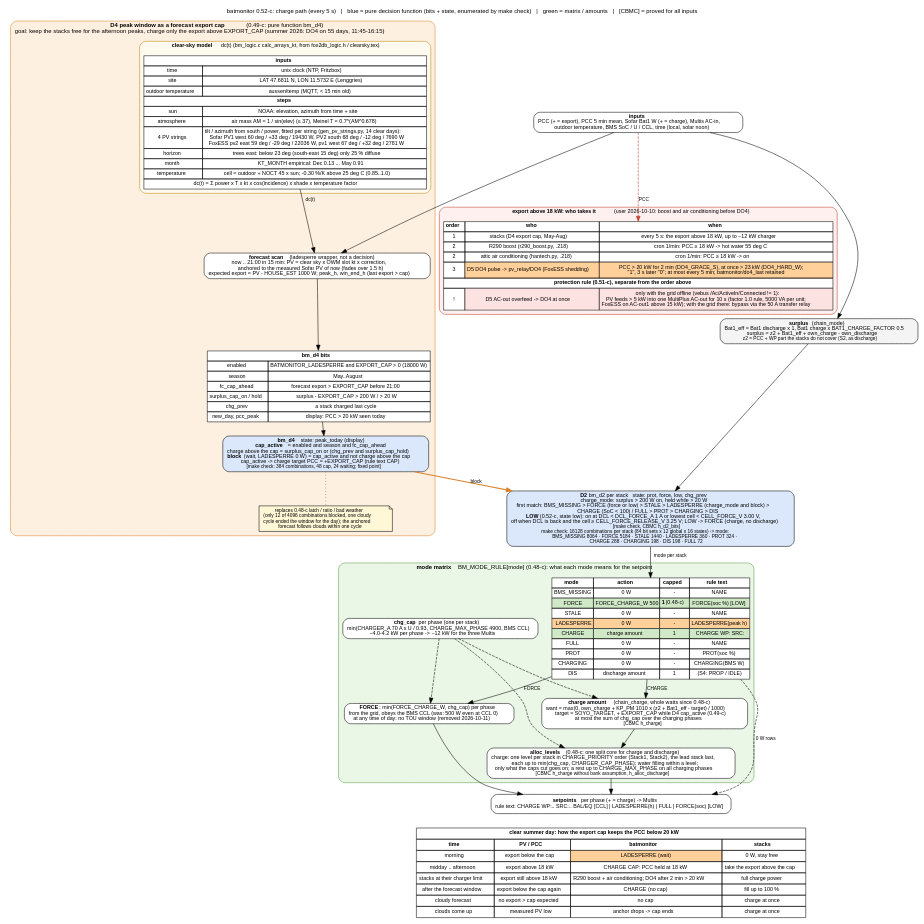
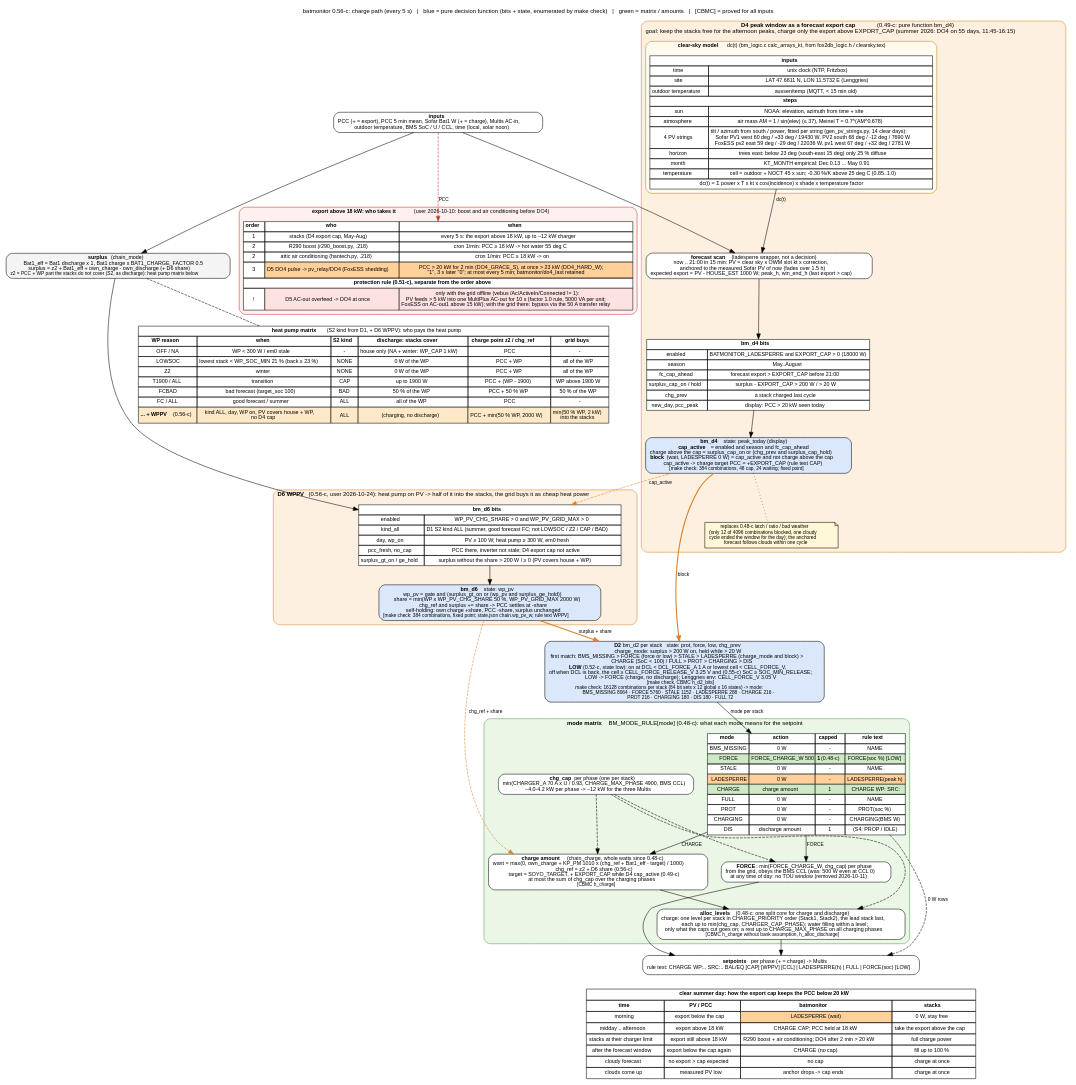
One commit to gerontec/victron changed the diagram in docs/charge_flow.dot. Above: the diagram before and after it, drawn with Graphviz. The commit also changed 15 other files, not shown here.

Commit message:
batmonitor 0.56-c: D6 WPPV - heat pump on PV, the stacks charge 50 % of it on top, the grid buys at most 2 kW; diagrams redrawn with the heat pump matrix

```diff
--- a/docs/charge_flow.dot
+++ b/docs/charge_flow.dot
@@ -1,16 +1,45 @@
-// batmonitor 0.52-c: charge path of one cycle as decision matrices, with the summer peak window (D4 LADESPERRE)
+// batmonitor 0.56-c: charge path of one cycle as decision matrices, with the summer peak window (D4 LADESPERRE)
 // that keeps the stacks free in the morning so they take the midday PV and the PCC export stays below 20 kW.
 // render: dot -Tpdf charge_flow.dot -o charge_flow.pdf   (or -Tpng)
 digraph charge {
 	graph [rankdir=TB, fontname="Helvetica", fontsize=11, nodesep=0.35, ranksep=0.35, newrank=true,
-		   label="batmonitor 0.52-c: charge path (every 5 s)   |   blue = pure decision function (bits + state, enumerated by make check)   |   green = matrix / amounts   |   [CBMC] = proved for all inputs",
+		   label="batmonitor 0.56-c: charge path (every 5 s)   |   blue = pure decision function (bits + state, enumerated by make check)   |   green = matrix / amounts   |   [CBMC] = proved for all inputs",
 		   labelloc=t];
 	node [shape=box, style="rounded,filled", fillcolor="#f4f4f4", fontname="Helvetica", fontsize=10];
 	edge [fontname="Helvetica", fontsize=9];
 
 	in [label=<<b>inputs</b><br/>PCC (+ = export), PCC 5 min mean, Sofar Bat1 W (+ = charge), Multis AC-in,<br/>outdoor temperature, BMS SoC / U / CCL, time (local, solar noon)>, fillcolor="#ffffff"];
 
-	surplus [label=<<b>surplus</b> (chain_mode)<br/>Bat1_eff = Bat1 discharge x 1, Bat1 charge x BAT1_CHARGE_FACTOR 0.5<br/>surplus = z2 + Bat1_eff + own_charge - own_discharge<br/><font point-size="9">z2 = PCC + WP part the stacks do not cover (S2, as discharge)</font>>];
+	surplus [label=<<b>surplus</b> (chain_mode)<br/>Bat1_eff = Bat1 discharge x 1, Bat1 charge x BAT1_CHARGE_FACTOR 0.5<br/>surplus = z2 + Bat1_eff + own_charge - own_discharge (+ D6 share)<br/><font point-size="9">z2 = PCC + WP part the stacks do not cover (S2, as discharge): heat pump matrix below</font>>];
+
+	subgraph cluster_d6 {
+		label=<<b>D6 WPPV</b> (0.56-c, user 2026-10-24): heat pump on PV -&gt; half of it into the stacks, the grid buys it as cheap heat power>;
+		style="rounded,filled"; fillcolor="#fdf0e0"; color="#d9822b"; fontsize=11;
+		d6bits [shape=plain, label=<
+			<table border="0" cellborder="1" cellspacing="0" cellpadding="3" bgcolor="#ffffff">
+			<tr><td colspan="2"><b>bm_d6 bits</b></td></tr>
+			<tr><td>enabled</td><td>WP_PV_CHG_SHARE &gt; 0 and WP_PV_GRID_MAX &gt; 0</td></tr>
+			<tr><td>kind_all</td><td>D1 S2 kind ALL (summer, good forecast FC; not LOWSOC / Z2 / CAP / BAD)</td></tr>
+			<tr><td>day, wp_on</td><td>PV &ge; 100 W; heat pump &ge; 300 W, em0 fresh</td></tr>
+			<tr><td>pcc_fresh, no_cap</td><td>PCC there, inverter not stale; D4 export cap not active</td></tr>
+			<tr><td>surplus_gt_on / ge_hold</td><td>surplus without the share &gt; 200 W / &ge; 0 (PV covers house + WP)</td></tr>
+			</table>>];
+		d6 [label=<<b>bm_d6</b>   state: wp_pv<br/>wp_pv = gate and (surplus_gt_on or (wp_pv and surplus_ge_hold))<br/>share = min(WP x WP_PV_CHG_SHARE 50 %, WP_PV_GRID_MAX 2000 W)<br/>chg_ref and surplus += share -&gt; PCC settles at -share<br/>self-holding: own charge +share, PCC -share, surplus unchanged<br/><font point-size="9">[make check: 384 combinations, fixed point; state.json chain.wp_pv_w; rule text WPPV]</font>>, fillcolor="#dbe8fb"];
+		d6bits -> d6;
+	}
+
+	wpm [shape=plain, label=<
+			<table border="0" cellborder="1" cellspacing="0" cellpadding="3" bgcolor="#ffffff">
+			<tr><td colspan="6"><b>heat pump matrix</b> (S2 kind from D1, + D6 WPPV): who pays the heat pump</td></tr>
+			<tr><td><b>WP reason</b></td><td><b>when</b></td><td><b>S2 kind</b></td><td><b>discharge: stacks cover</b></td><td><b>charge point z2 / chg_ref</b></td><td><b>grid buys</b></td></tr>
+			<tr><td>OFF / NA</td><td>WP &lt; 300 W / em0 stale</td><td>-</td><td>house only (NA + winter: WP_CAP 1 kW)</td><td>PCC</td><td>-</td></tr>
+			<tr><td>LOWSOC</td><td>lowest stack &lt; WP_SOC_MIN 21 % (back &ge; 23 %)</td><td>NONE</td><td>0 W of the WP</td><td>PCC + WP</td><td>all of the WP</td></tr>
+			<tr><td>Z2</td><td>winter</td><td>NONE</td><td>0 W of the WP</td><td>PCC + WP</td><td>all of the WP</td></tr>
+			<tr><td>T1900 / ALL</td><td>transition</td><td>CAP</td><td>up to 1900 W</td><td>PCC + (WP - 1900)</td><td>WP above 1900 W</td></tr>
+			<tr><td>FCBAD</td><td>bad forecast (target_soc 100)</td><td>BAD</td><td>50 % of the WP</td><td>PCC + 50 % WP</td><td>50 % of the WP</td></tr>
+			<tr><td>FC / ALL</td><td>good forecast / summer</td><td>ALL</td><td>all of the WP</td><td>PCC</td><td>-</td></tr>
+			<tr><td bgcolor="#fde9c8"><b>... + WPPV</b> (0.56-c)</td><td bgcolor="#fde9c8">kind ALL, day, WP on, PV covers house + WP,<br/>no D4 cap</td><td bgcolor="#fde9c8">ALL</td><td bgcolor="#fde9c8">(charging, no discharge)</td><td bgcolor="#fde9c8">PCC + min(50 % WP, 2000 W)</td><td bgcolor="#fde9c8">min(50 % WP, 2 kW)<br/>into the stacks</td></tr>
+			</table>>];
 
 	subgraph cluster_d4 {
 		label=<<b>D4 peak window as a forecast export cap</b> (0.49-c: pure function bm_d4)<br/>goal: keep the stacks free for the afternoon peaks, charge only the export above EXPORT_CAP (summer 2026: DO4 on 55 days, 11:45-16:15)>;
@@ -52,7 +81,7 @@
 		d4 -> note_ls [style=dotted, arrowhead=none];
 	}
 
-	d2 [label=<<b>D2</b> bm_d2 per stack   state: prot, force, low, chg_prev<br/>charge_mode: surplus &gt; 200 W on, held while &gt; 20 W<br/>first match: BMS_MISSING &gt; FORCE (force or low) &gt; STALE &gt; LADESPERRE (charge_mode and block) &gt;<br/>CHARGE (SoC &lt; 100) / FULL &gt; PROT &gt; CHARGING &gt; DIS<br/><b>LOW</b> (0.52-c, state low): on at DCL &lt; DCL_FORCE_A 1 A or lowest cell &lt; CELL_FORCE_V 3.00 V,<br/>off when DCL is back and the cell &ge; CELL_FORCE_RELEASE_V 3.25 V; LOW -&gt; FORCE (charge, no discharge)<br/><font point-size="9">[make check, CBMC h_d2_bits]</font><br/><font point-size="9">make check: 16128 combinations per stack (84 bit sets x 12 global x 16 states) -&gt; mode:<br/>BMS_MISSING 8064 · FORCE 5184 · STALE 1440 · LADESPERRE 360 · PROT 324 ·<br/>CHARGE 288 · CHARGING 198 · DIS 198 · FULL 72</font>>, fillcolor="#dbe8fb"];
+	d2 [label=<<b>D2</b> bm_d2 per stack   state: prot, force, low, chg_prev<br/>charge_mode: surplus &gt; 200 W on, held while &gt; 20 W<br/>first match: BMS_MISSING &gt; FORCE (force or low) &gt; STALE &gt; LADESPERRE (charge_mode and block) &gt;<br/>CHARGE (SoC &lt; 100) / FULL &gt; PROT &gt; CHARGING &gt; DIS<br/><b>LOW</b> (0.52-c, state low): on at DCL &lt; DCL_FORCE_A 1 A or lowest cell &lt; CELL_FORCE_V,<br/>off when DCL is back, the cell &ge; CELL_FORCE_RELEASE_V 3.25 V and (0.55-c) SoC &ge; SOC_MIN_RELEASE;<br/>LOW -&gt; FORCE (charge, no discharge); Lenggries env: CELL_FORCE_V 3.05 V<br/><font point-size="9">[make check, CBMC h_d2_bits]</font><br/><font point-size="9">make check: 16128 combinations per stack (84 bit sets x 12 global x 16 states) -&gt; mode:<br/>BMS_MISSING 8064 · FORCE 5760 · STALE 1152 · LADESPERRE 288 · CHARGE 216 ·<br/>PROT 216 · CHARGING 180 · DIS 180 · FULL 72</font>>, fillcolor="#dbe8fb"];
 
 	subgraph cluster_mode {
 		label=<<b>mode matrix</b> BM_MODE_RULE[mode] (0.48-c): what each mode means for the setpoint>;
@@ -71,7 +100,7 @@
 			<tr><td>DIS</td><td>discharge amount</td><td>1</td><td>(S4: PROP / IDLE)</td></tr>
 			</table>>];
 		force [label=<<b>FORCE</b>: min(FORCE_CHARGE_W, chg_cap) per phase<br/>from the grid, obeys the BMS CCL (was: 500 W even at CCL 0)<br/>at any time of day: no TOU window (removed 2026-10-11)>, fillcolor="#ffffff"];
-		amount [label=<<b>charge amount</b> (chain_charge, whole watts since 0.48-c)<br/>want = max(0, own_charge + KP_PM 1010 x (z2 + Bat1_eff - target) / 1000)<br/>target = SOYO_TARGET, + EXPORT_CAP while D4 cap_active (0.49-c)<br/>at most the sum of chg_cap over the charging phases<br/><font point-size="9">[CBMC h_charge]</font>>, fillcolor="#ffffff"];
+		amount [label=<<b>charge amount</b> (chain_charge, whole watts since 0.48-c)<br/>want = max(0, own_charge + KP_PM 1010 x (chg_ref + Bat1_eff - target) / 1000)<br/>chg_ref = z2 + D6 share (0.56-c)<br/>target = SOYO_TARGET, + EXPORT_CAP while D4 cap_active (0.49-c)<br/>at most the sum of chg_cap over the charging phases<br/><font point-size="9">[CBMC h_charge]</font>>, fillcolor="#ffffff"];
 		caps [label=<<b>chg_cap</b> per phase (one per stack)<br/>min(CHARGER_A 70 A x U / 0.93, CHARGE_MAX_PHASE 4900, BMS CCL)<br/>~4.0-4.2 kW per phase -&gt; ~12 kW for the three Multis>, fillcolor="#ffffff"];
 		alloc [label=<<b>alloc_levels</b> (0.48-c: one split core for charge and discharge)<br/>charge: one level per stack in CHARGE_PRIORITY order (Stack1, Stack2), the lead stack last,<br/>each up to min(chg_cap, CHARGER_CAP_PHASE); water filling within a level;<br/>only what the caps cut goes on; a rest up to CHARGE_MAX_PHASE on all charging phases<br/><font point-size="9">[CBMC h_charge without bank assumption, h_alloc_discharge]</font>>, fillcolor="#ffffff"];
 		mrule -> force [label=" FORCE"];
@@ -97,7 +126,7 @@
 			</table>>];
 	}
 
-	out [label=<<b>setpoints</b> per phase (+ = charge) -&gt; Multis<br/>rule text: CHARGE WP:.. SRC:.. BAL/EQ [CCL] | LADESPERRE(h) | FULL | FORCE(soc) [LOW]>, fillcolor="#ffffff"];
+	out [label=<<b>setpoints</b> per phase (+ = charge) -&gt; Multis<br/>rule text: CHARGE WP:.. SRC:.. BAL/EQ [CAP] [WPPV] [CCL] | LADESPERRE(h) | FULL | FORCE(soc) [LOW]>, fillcolor="#ffffff"];
 
 	timeline [shape=plain, label=<
 		<table border="0" cellborder="1" cellspacing="0" cellpadding="4" bgcolor="#ffffff">
@@ -111,7 +140,12 @@
 		<tr><td>clouds come up</td><td>measured PV low</td><td>anchor drops -&gt; cap ends</td><td>charge at once</td></tr>
 		</table>>];
 
-	in -> surplus -> d2;
+	in -> surplus;
+	surplus -> d6bits;
+	d6 -> d2 [color="#d9822b", penwidth=2, label=" surplus + share"];
+	d6 -> amount [color="#d9822b", style=dashed, label=" chg_ref + share"];
+	surplus -> wpm [style=dashed, arrowhead=none];
+	d4 -> d6bits [style=dashed, color="#d9822b", label=" cap_active"];
 	in -> model;
 	in -> prio [style=dashed, label=" PCC", color="#c0392b"];
 	d4 -> d2 [color="#d9822b", penwidth=2, label=" block"];
```
